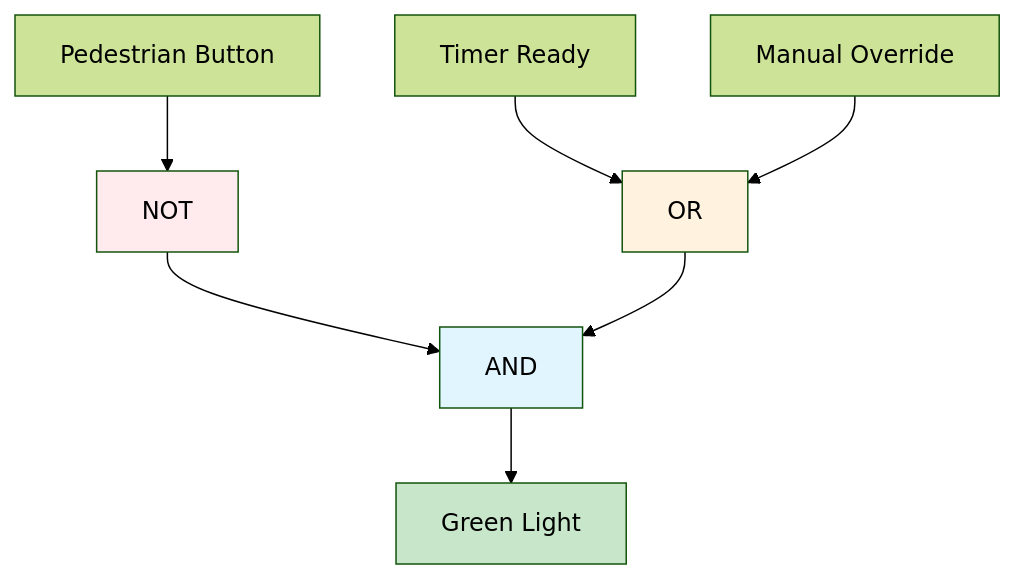
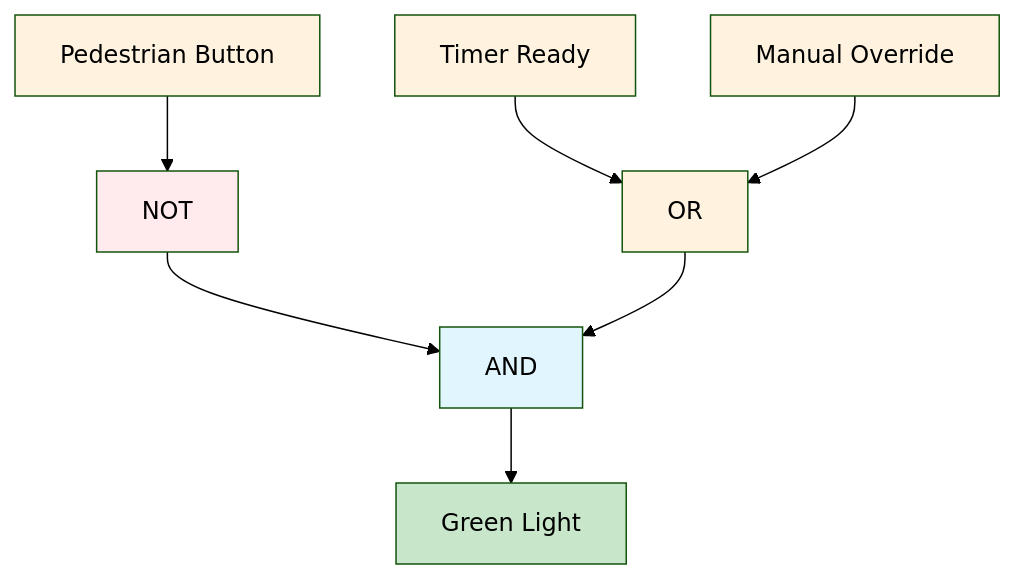
One commit to Yxiang-828/Yxiang-828.github.io changed diagram 27 of 32 in ee2026/lect/L2 lecture notes/EE2026_Week_2_Boolean_Logic_Visual_Guide.md. Above: the diagram before and after it, drawn with Mermaid (forest theme). The commit also changed other lines of this file, not shown here.

````diff
--- a/ee2026/lect/L2 lecture notes/EE2026_Week_2_Boolean_Logic_Visual_Guide.md
+++ b/ee2026/lect/L2 lecture notes/EE2026_Week_2_Boolean_Logic_Visual_Guide.md
@@ -684,14 +724,17 @@
 ```mermaid
 graph TD
     Pedestrian[Pedestrian Button] --> NOT1[NOT]
     NOT1 --> AND1[AND]
     Timer[Timer Ready] --> OR1[OR]
     Manual[Manual Override] --> OR1
     OR1 --> AND1
     AND1 --> Green[Green Light]
     
-    style NOT1 fill:#ffebee
-    style AND1 fill:#e1f5fe
-    style OR1 fill:#fff3e0
-    style Green fill:#c8e6c9
+    style NOT1 fill:#ffebee,color:#000
+    style AND1 fill:#e1f5fe,color:#000
+    style OR1 fill:#fff3e0,color:#000
+    style Green fill:#c8e6c9,color:#000
+    style Pedestrian fill:#fff3e0,color:#000
+    style Timer fill:#fff3e0,color:#000
+    style Manual fill:#fff3e0,color:#000
 ```
````
